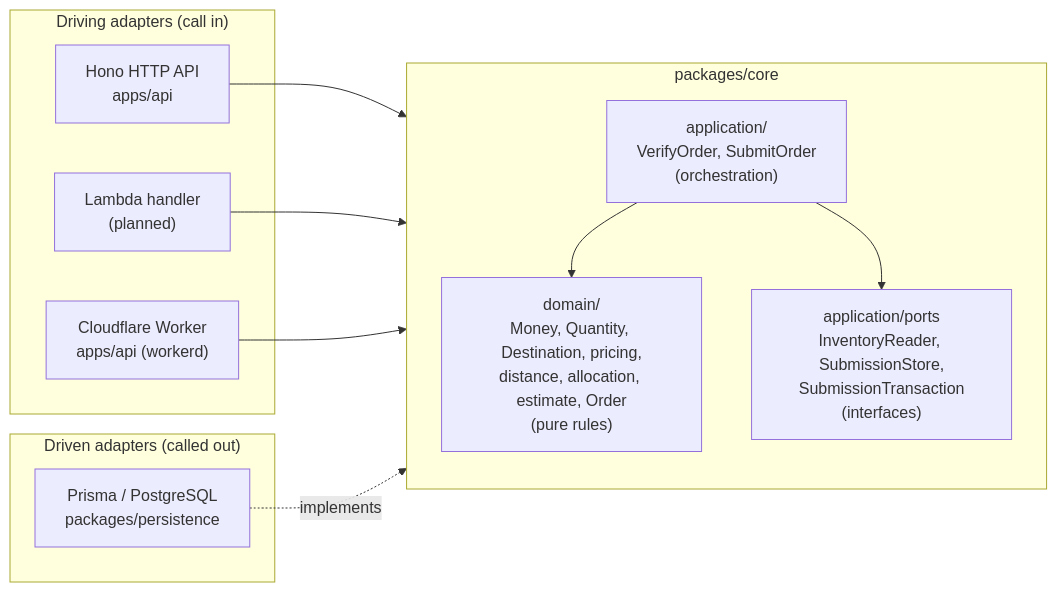
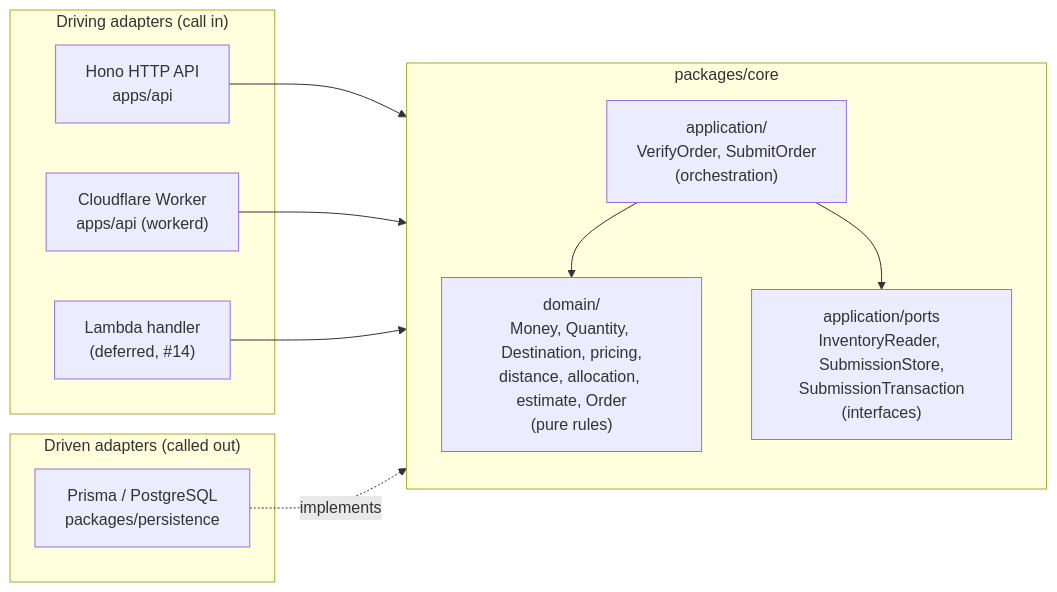
Before and after one commit to bonanaaaaaa/scos: the first of 2 diagrams in docs/architecture.md, drawn with Mermaid. The commit also changed other lines of this file and 6 other files, not shown here.

````diff
--- a/docs/architecture.md
+++ b/docs/architecture.md
@@ -10,26 +10,26 @@
 ```mermaid
 flowchart LR
     subgraph driving["Driving adapters (call in)"]
         api["Hono HTTP API<br/>apps/api"]
-        lambda["Lambda handler<br/>(planned)"]
         worker["Cloudflare Worker<br/>apps/api (workerd)"]
+        lambda["Lambda handler<br/>(deferred, #14)"]
     end
 
     subgraph core["packages/core"]
         direction TB
         app["application/<br/>VerifyOrder, SubmitOrder<br/>(orchestration)"]
         ports["application/ports<br/>InventoryReader, SubmissionStore,<br/>SubmissionTransaction<br/>(interfaces)"]
         domain["domain/<br/>Money, Quantity, Destination, pricing,<br/>distance, allocation, estimate, Order<br/>(pure rules)"]
         app --> domain
         app --> ports
     end
 
     subgraph driven["Driven adapters (called out)"]
         db["Prisma / PostgreSQL<br/>packages/persistence"]
     end
 
     api --> app
+    worker --> app
     lambda --> app
-    worker --> app
     db -. implements .-> ports
 ```
````
